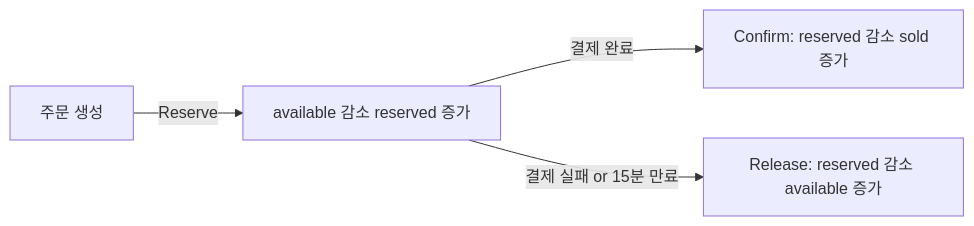
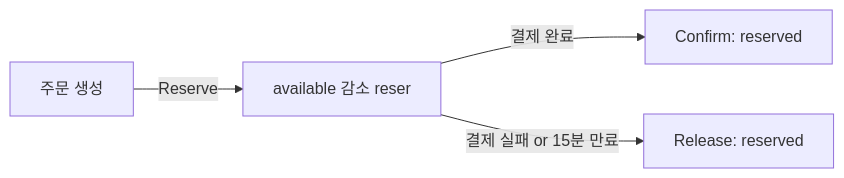
One commit to yjkim2015/yjkim2015.github.io changed the second of 3 diagrams in _posts/systemdesign/2026-05-11-system-design-inventory.md. Above: the diagram before and after it, drawn with Mermaid. The commit also changed other lines of this file and 245 other files, not shown here.

First line of the commit message:
Mermaid 다이어그램 전면 수정 + 면접 포인트 접기/펼치기 + DB 데드락 페이지

````diff
--- a/_posts/systemdesign/2026-05-11-system-design-inventory.md
+++ b/_posts/systemdesign/2026-05-11-system-design-inventory.md
@@ -494,6 +494,6 @@
 ```mermaid
 graph LR
-    A[주문 생성] -->|Reserve| B[available 감소 reserved 증가]
-    B -->|결제 완료| C[Confirm: reserved 감소 sold 증가]
-    B -->|결제 실패 or 15분 만료| D[Release: reserved 감소 available 증가]
+    A[주문 생성] -->|Reserve| B["available 감소 reser"]
+    B -->|결제 완료| C["Confirm: reserved "]
+    B -->|결제 실패 or 15분 만료| D["Release: reserved "]
 ```
````
